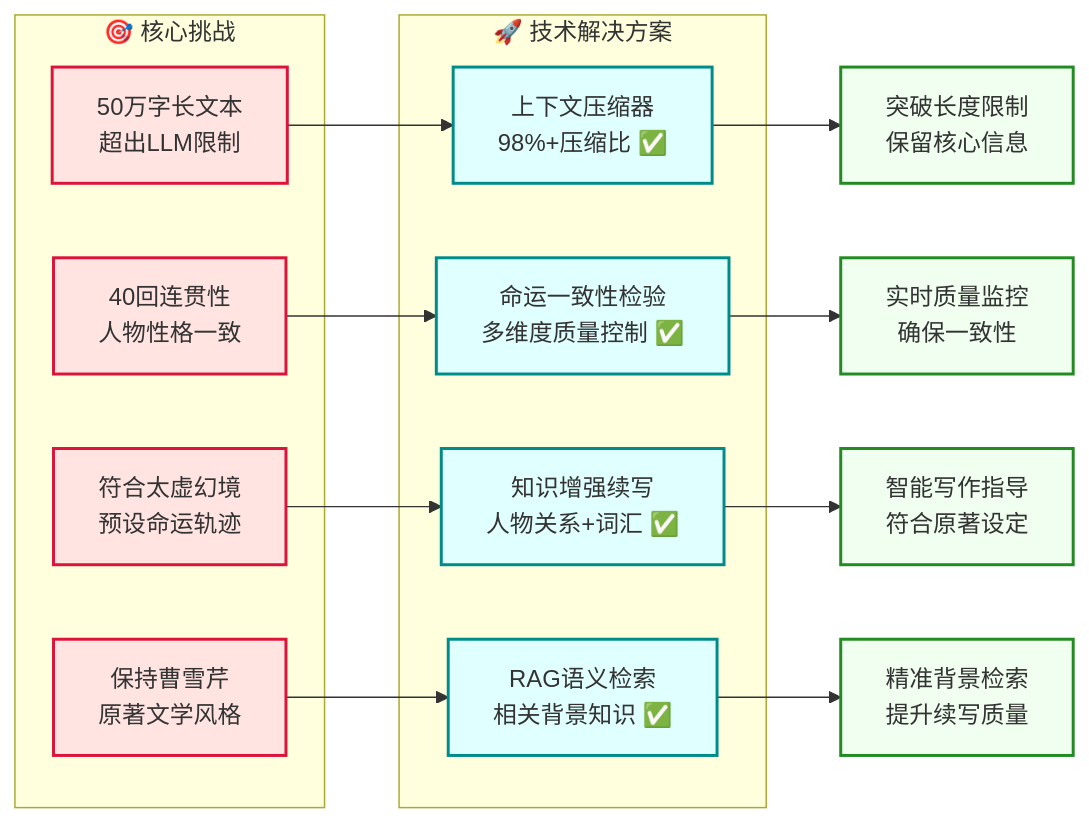
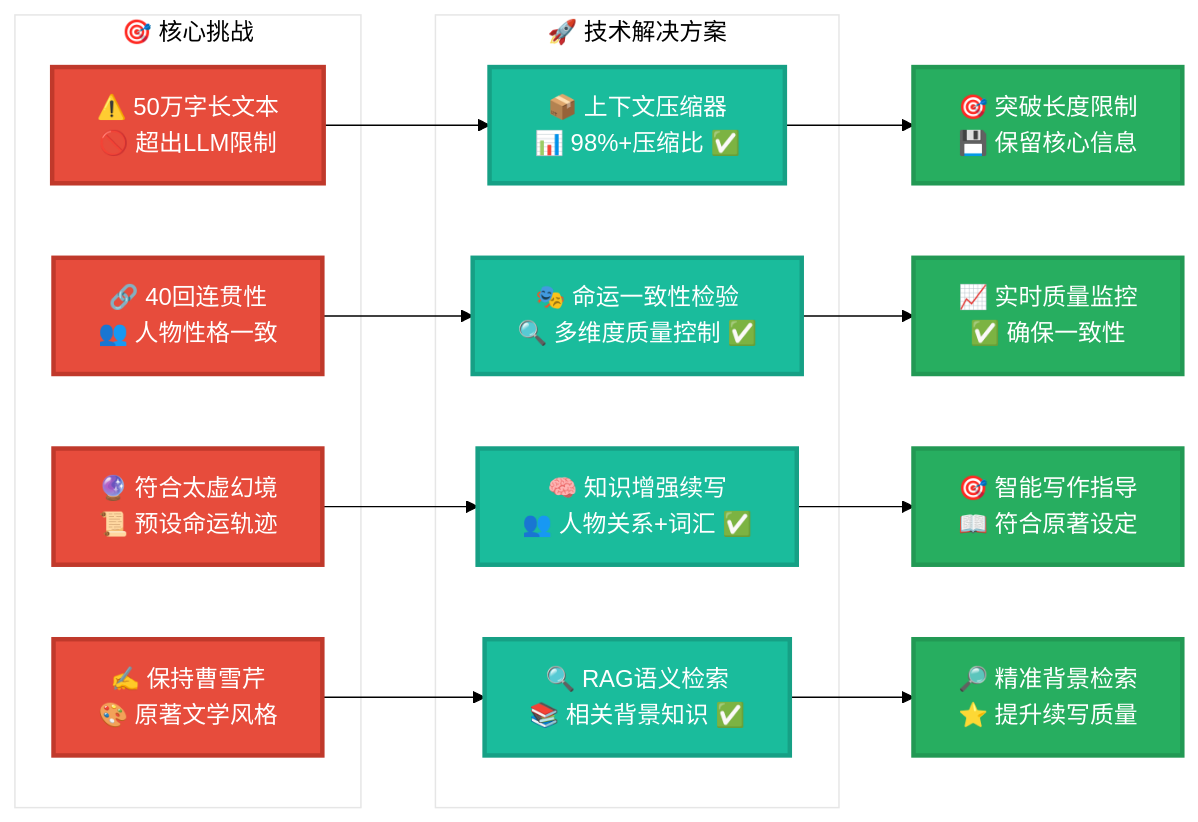
Before and after one commit to yaohaizhou/AI-continuation-of-Dream-of-the-Red-Chamber: the third of 3 diagrams in resource/readme.md, drawn with Mermaid. The commit also changed other lines of this file, not shown here.

Commit message:
readme：高亮度mermaid

````diff
--- a/resource/readme.md
+++ b/resource/readme.md
@@ -190,34 +202,35 @@
 ```mermaid
+%%{init: {'theme':'base', 'themeVariables': {'primaryColor': '#ffffff', 'primaryTextColor': '#000000', 'primaryBorderColor': '#000000', 'lineColor': '#000000', 'sectionBkgColor': '#ffffff', 'altSectionBkgColor': '#f0f0f0', 'gridColor': '#cccccc', 'secondaryColor': '#ffffff', 'tertiaryColor': '#ffffff'}}}%%
 graph LR
     subgraph "🎯 核心挑战"
-        Challenge1[50万字长文本<br/>超出LLM限制]
-        Challenge2[40回连贯性<br/>人物性格一致]
-        Challenge3[符合太虚幻境<br/>预设命运轨迹]
-        Challenge4[保持曹雪芹<br/>原著文学风格]
+        Challenge1["⚠️ 50万字长文本<br/>🚫 超出LLM限制"]
+        Challenge2["🔗 40回连贯性<br/>👥 人物性格一致"]
+        Challenge3["🔮 符合太虚幻境<br/>📜 预设命运轨迹"]
+        Challenge4["✍️ 保持曹雪芹<br/>🎨 原著文学风格"]
     end
     
     subgraph "🚀 技术解决方案"
-        Solution1[上下文压缩器<br/>98%+压缩比 ✅]
-        Solution2[命运一致性检验<br/>多维度质量控制 ✅]
-        Solution3[知识增强续写<br/>人物关系+词汇 ✅]
-        Solution4[RAG语义检索<br/>相关背景知识 ✅]
+        Solution1["📦 上下文压缩器<br/>📊 98%+压缩比 ✅"]
+        Solution2["🎭 命运一致性检验<br/>🔍 多维度质量控制 ✅"]
+        Solution3["🧠 知识增强续写<br/>👥 人物关系+词汇 ✅"]
+        Solution4["🔍 RAG语义检索<br/>📚 相关背景知识 ✅"]
     end
     
     Challenge1 --> Solution1
     Challenge2 --> Solution2
     Challenge3 --> Solution3
     Challenge4 --> Solution4
     
-    Solution1 --> Result1[突破长度限制<br/>保留核心信息]
-    Solution2 --> Result2[实时质量监控<br/>确保一致性]
-    Solution3 --> Result3[智能写作指导<br/>符合原著设定]
-    Solution4 --> Result4[精准背景检索<br/>提升续写质量]
+    Solution1 --> Result1["🎯 突破长度限制<br/>💾 保留核心信息"]
+    Solution2 --> Result2["📈 实时质量监控<br/>✅ 确保一致性"]
+    Solution3 --> Result3["🎯 智能写作指导<br/>📖 符合原著设定"]
+    Solution4 --> Result4["🔎 精准背景检索<br/>⭐ 提升续写质量"]
     
-    classDef challenge fill:#FFE4E1,stroke:#DC143C,stroke-width:2px
-    classDef solution fill:#E0FFFF,stroke:#008B8B,stroke-width:2px
-    classDef result fill:#F0FFF0,stroke:#228B22,stroke-width:2px
+    classDef challenge fill:#E74C3C,stroke:#C0392B,stroke-width:3px,color:#FFFFFF
+    classDef solution fill:#1ABC9C,stroke:#16A085,stroke-width:3px,color:#FFFFFF
+    classDef result fill:#27AE60,stroke:#229954,stroke-width:3px,color:#FFFFFF
     
     class Challenge1,Challenge2,Challenge3,Challenge4 challenge
     class Solution1,Solution2,Solution3,Solution4 solution
     class Result1,Result2,Result3,Result4 result
 ```
````
